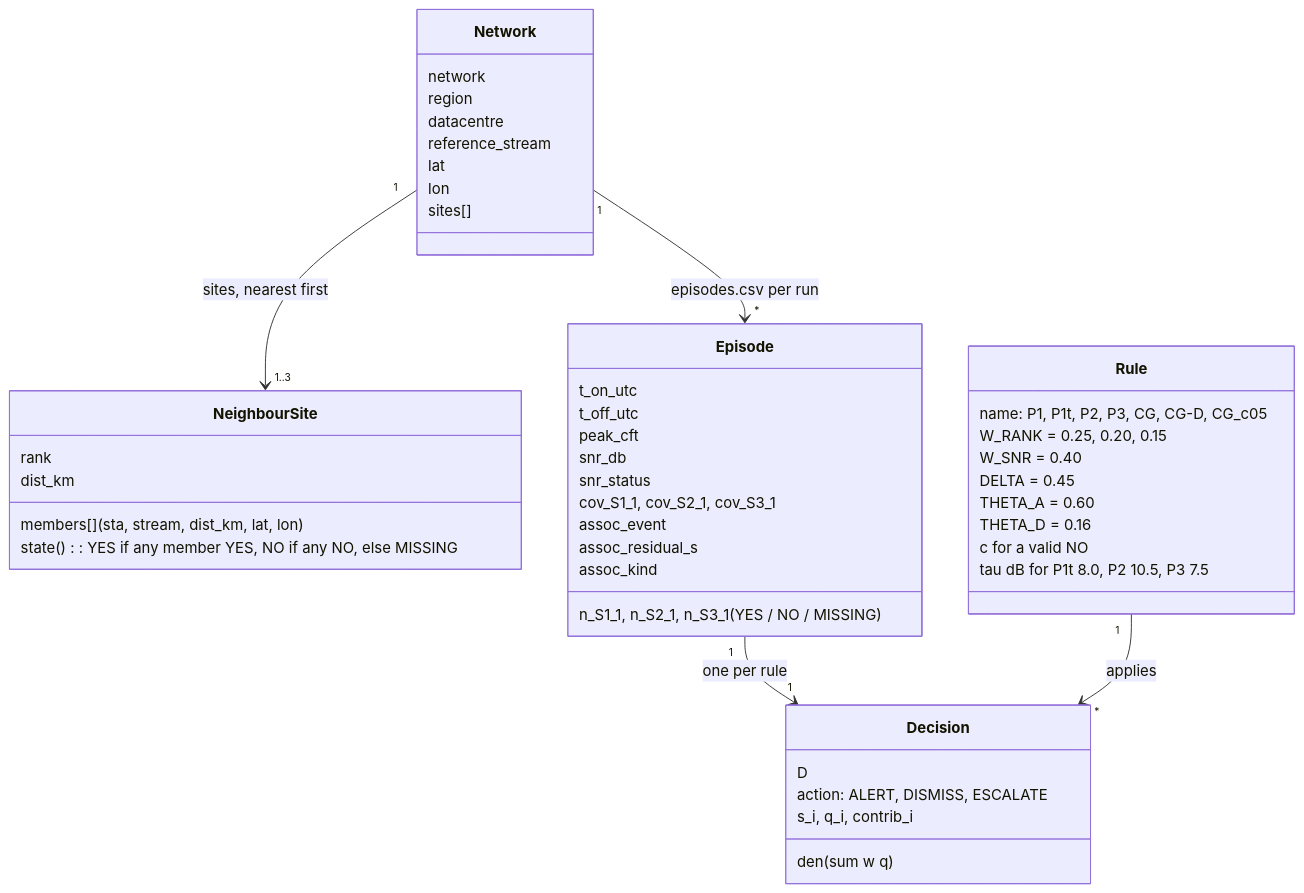
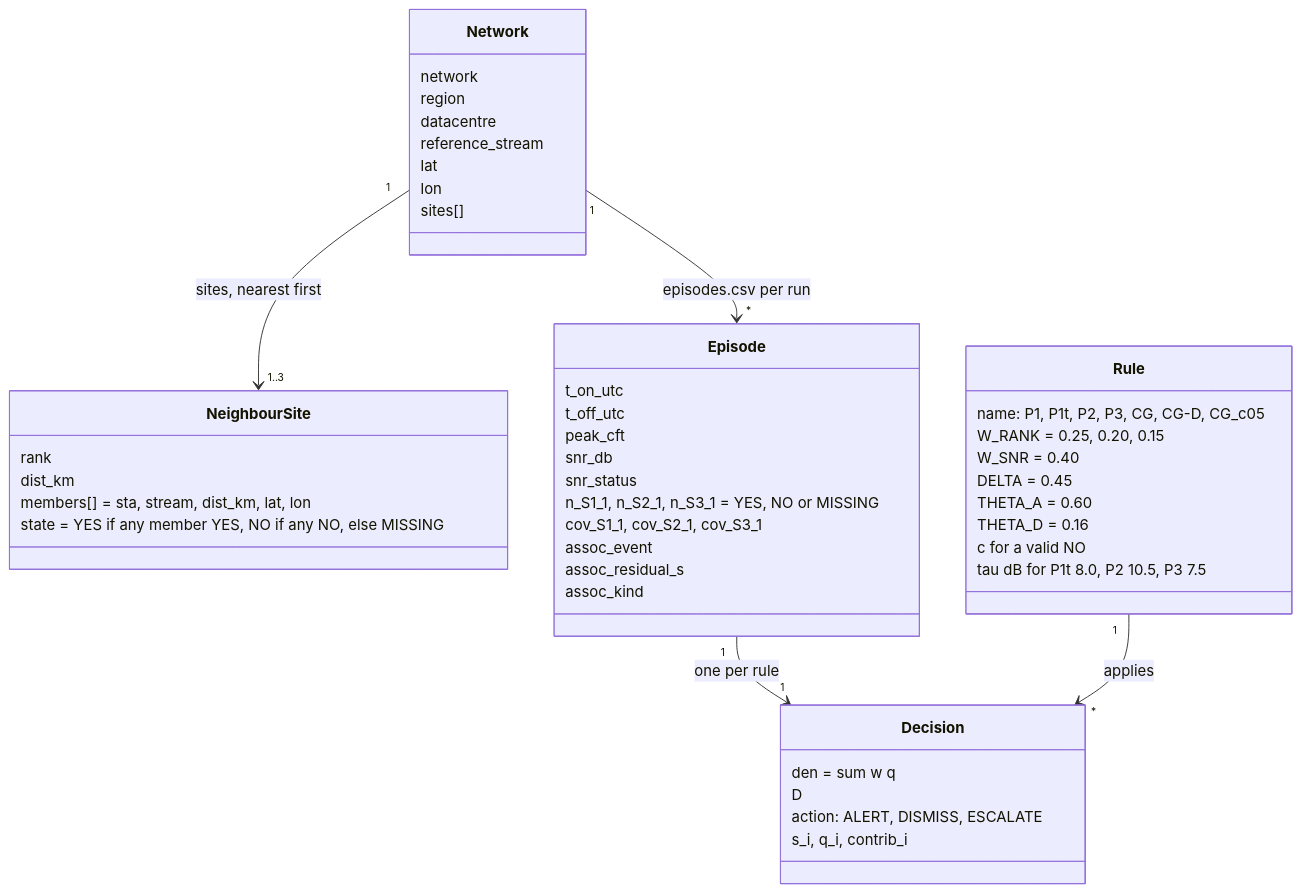
Before and after one commit to Syrym-Zhakypbekov/sparse-seismic-criteria-governed-triage: the third of 4 diagrams in README.md, drawn with Mermaid. The commit also changed other lines of this file and 2 other files, not shown here.

Commit message:
Zenodo DOI 10.5281/zenodo.24053125 in README and CITATION.cff; diagram labels; OSF project noted as private

````diff
--- a/README.md
+++ b/README.md
@@ -116,50 +119,50 @@
 ```mermaid
 classDiagram
     class Network {
         network
         region
         datacentre
         reference_stream
         lat
         lon
         sites[]
     }
     class NeighbourSite {
         rank
         dist_km
-        members[] (sta, stream, dist_km, lat, lon)
-        state(): YES if any member YES, NO if any NO, else MISSING
+        members[] = sta, stream, dist_km, lat, lon
+        state = YES if any member YES, NO if any NO, else MISSING
     }
     class Episode {
         t_on_utc
         t_off_utc
         peak_cft
         snr_db
         snr_status
-        n_S1_1, n_S2_1, n_S3_1 (YES / NO / MISSING)
+        n_S1_1, n_S2_1, n_S3_1 = YES, NO or MISSING
         cov_S1_1, cov_S2_1, cov_S3_1
         assoc_event
         assoc_residual_s
         assoc_kind
     }
     class Rule {
         name: P1, P1t, P2, P3, CG, CG-D, CG_c05
         W_RANK = 0.25, 0.20, 0.15
         W_SNR = 0.40
         DELTA = 0.45
         THETA_A = 0.60
         THETA_D = 0.16
         c for a valid NO
         tau dB for P1t 8.0, P2 10.5, P3 7.5
     }
     class Decision {
-        den (sum w q)
+        den = sum w q
         D
         action: ALERT, DISMISS, ESCALATE
         s_i, q_i, contrib_i
     }
     Network "1" --> "1..3" NeighbourSite : sites, nearest first
     Network "1" --> "*" Episode : episodes.csv per run
     Episode "1" --> "1" Decision : one per rule
     Rule "1" --> "*" Decision : applies
 ```
````
